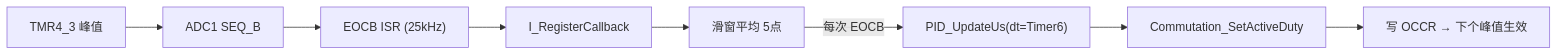
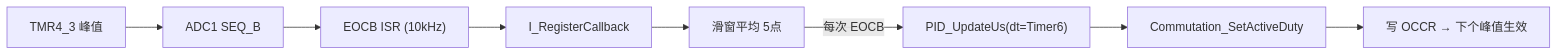
The first of 2 diagrams in ws_L_v.1.0.2/PI电流环.md (HCHCHC99/WS_L), drawn with Mermaid before and after one commit. The commit also changed other lines of this file and 6 other files, not shown here.

````diff
--- a/ws_L_v.1.0.2/PI电流环.md
+++ b/ws_L_v.1.0.2/PI电流环.md
@@ -91,10 +91,10 @@
 ```mermaid
 flowchart LR
     PWM["TMR4_3 峰值"] --> ADC["ADC1 SEQ_B"]
-    ADC --> ISR["EOCB ISR (25kHz)"]
+    ADC --> ISR["EOCB ISR (10kHz)"]
     ISR --> CB["I_RegisterCallback"]
     CB --> ACC["滑窗平均 5点"]
     ACC -->|"每次 EOCB"| CTL["PID_UpdateUs(dt=Timer6)"]
     CTL --> DUTY["Commutation_SetActiveDuty"]
     DUTY --> OCCR["写 OCCR → 下个峰值生效"]
 ```
````
